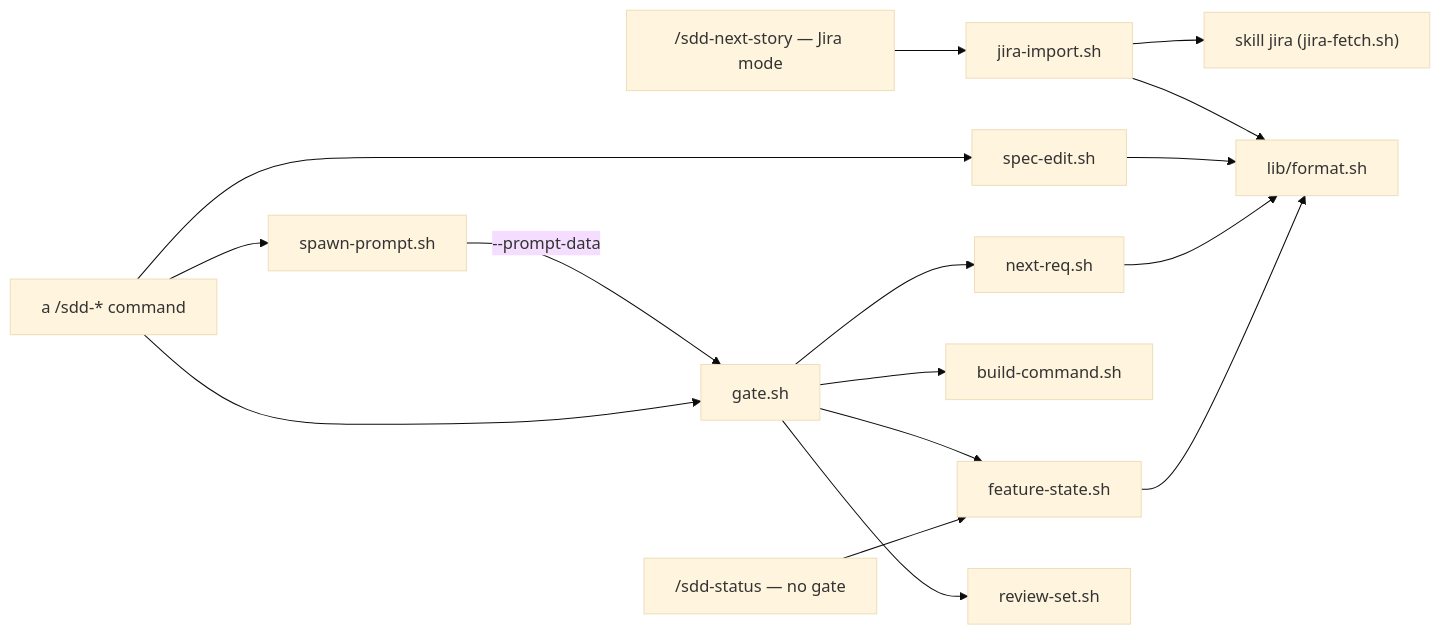
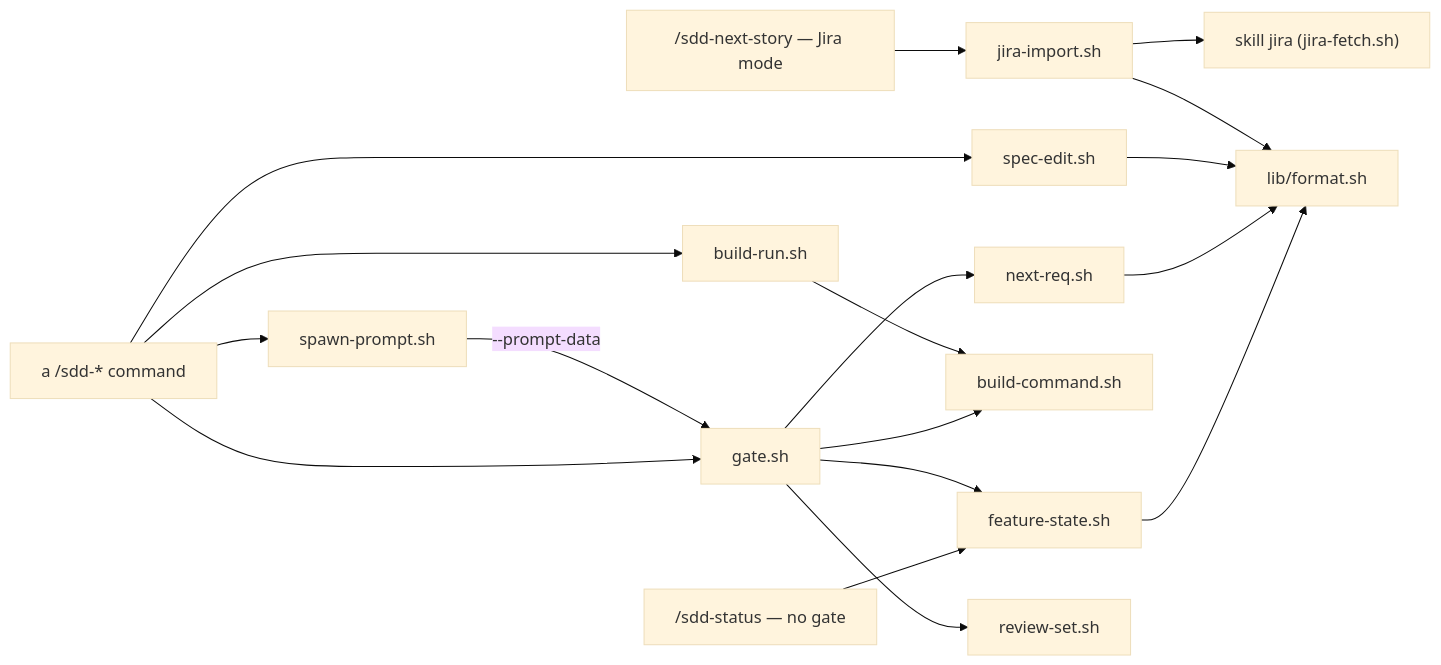
The second of 2 diagrams in ENGINE.md (akolpako/sdd-kit), drawn with Mermaid (base theme) before and after one commit. The commit also changed other lines of this file and 26 other files, not shown here.

Commit message:
sdd: builds run through build-run.sh — the output stays in .sdd/build/, the orchestrator reads green or red and the tail of a red

````diff
--- a/ENGINE.md
+++ b/ENGINE.md
@@ -221,18 +221,20 @@
 ```mermaid
 flowchart LR
     CMD["a /sdd-* command"] --> GATE["gate.sh"]
     CMD --> SE["spec-edit.sh"]
     CMD --> SPN["spawn-prompt.sh"]
     NS["/sdd-next-story — Jira mode"] --> JI["jira-import.sh"]
     JI --> JF["skill jira (jira-fetch.sh)"]
     ST["/sdd-status — no gate"] --> FS["feature-state.sh"]
     SPN -->|"--prompt-data"| GATE
     GATE --> FS
     GATE --> BC["build-command.sh"]
+    CMD --> BR["build-run.sh"]
+    BR --> BC
     GATE --> NR["next-req.sh"]
     GATE --> RS["review-set.sh"]
     FS --> FMT["lib/format.sh"]
     NR --> FMT
     SE --> FMT
     JI --> FMT
 ```
````
